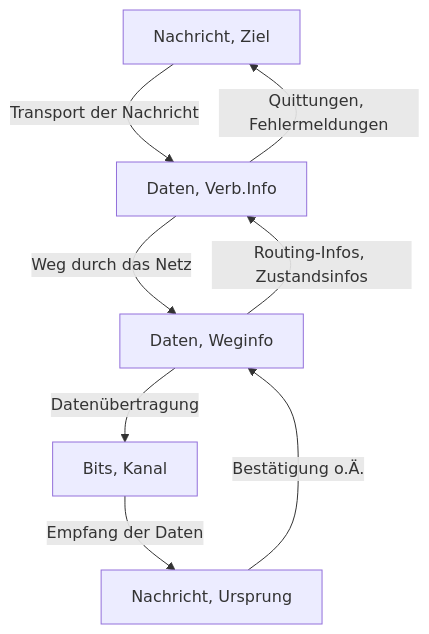
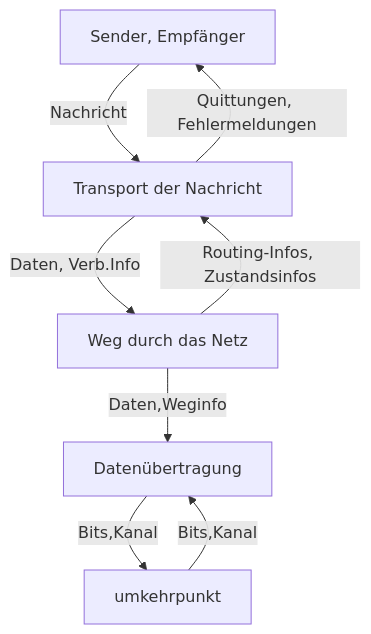
The second of 2 diagrams in content/4.Semester/Informatik/RNVS/RNVS-Vorlesung/RNVS-2VL-26-04-2024/RNVS-2VL-26-04-2024.md (noluyorAbi/quartzDeployment), drawn with Mermaid before and after one commit. The commit also changed other lines of this file, not shown here.

````diff
--- a/content/4.Semester/Informatik/RNVS/RNVS-Vorlesung/RNVS-2VL-26-04-2024/RNVS-2VL-26-04-2024.md
+++ b/content/4.Semester/Informatik/RNVS/RNVS-Vorlesung/RNVS-2VL-26-04-2024/RNVS-2VL-26-04-2024.md
@@ -251,12 +252,12 @@
 ```mermaid
 graph TD;
-    A[Nachricht, Ziel] -->|Transport der Nachricht| B[Daten, Verb.Info]
-    B -->|Weg durch das Netz| C[Daten, Weginfo]
-    C -->|Datenübertragung| D[Bits, Kanal]
-    D -->|Empfang der Daten| E[Nachricht, Ursprung]
+    A[Sender, Empfänger] -->|Nachricht| B[Transport der Nachricht]
+    B -->|Daten, Verb.Info| C[Weg durch das Netz]
+    C -->|Daten,Weginfo| D[Datenübertragung]
+    D -->|Bits,Kanal| E[umkehrpunkt]
 
-    E -->|Bestätigung o.Ä.| C
+    E -->|Bits,Kanal| D
     C -->|Routing-Infos, Zustandsinfos| B
     B -->|Quittungen, Fehlermeldungen| A
 
 ```
````
